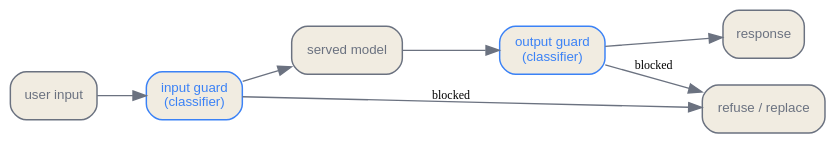
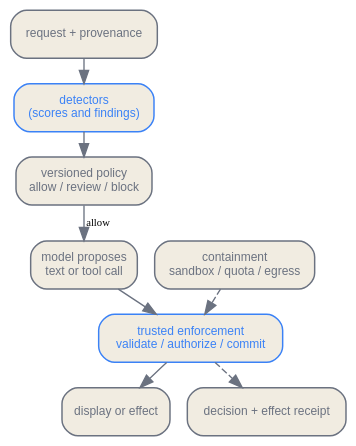
Before and after one commit to latere-ai/ai-as-an-infrastructure: the diagram in en/safety/04-runtime-safety.qmd, drawn with Graphviz. The commit also changed other lines of this file and 3 other files, not shown here.

````diff
--- a/en/safety/04-runtime-safety.qmd
+++ b/en/safety/04-runtime-safety.qmd
@@ -42,21 +43,27 @@
 ```{dot}
-//| label: fig-runtime-guard-path
-//| fig-cap: "A guardrail screens the request path twice. The input classifier catches a disallowed request before the expensive model runs; the output classifier catches a disallowed generation before it reaches the user. Both are separate models, updated independently of the served model, and both fail closed."
-digraph guard {
-  rankdir=LR;
+//| label: fig-runtime-control-path
+//| fig-cap: "The runtime control path. Learned detectors provide evidence to a versioned policy decision. Trusted code enforces the decision before display or execution, while containment limits failures and receipts record outcomes."
+digraph runtime {
+  rankdir=TB;
   bgcolor="transparent";
-  node [shape=box, style="rounded,filled", fontname="Helvetica", fontsize=10, color="#6b7280", fontcolor="#6b7280", fillcolor="#f1ece1", penwidth=1.1];
-  edge [color="#6b7280", fontsize=9];
+  nodesep=0.18;
+  ranksep=0.24;
+  node [shape=box, style="rounded,filled", fontname="Helvetica", fontsize=9, margin="0.06,0.04", color="#6b7280", fontcolor="#6b7280", fillcolor="#f1ece1", penwidth=1.1];
+  edge [color="#6b7280", fontsize=8];
 
-  u   [label="user input"];
-  gi  [label="input guard\n(classifier)", color="#3b82f6", fontcolor="#3b82f6"];
-  m   [label="served model"];
-  go  [label="output guard\n(classifier)", color="#3b82f6", fontcolor="#3b82f6"];
-  o   [label="response"];
-  ref [label="refuse / replace"];
+  request [label="request + provenance"];
+  detect [label="detectors\n(scores and findings)", color="#3b82f6", fontcolor="#3b82f6"];
+  decide [label="versioned policy\nallow / review / block"];
+  model [label="model proposes\ntext or tool call"];
+  enforce [label="trusted enforcement\nvalidate / authorize / commit", color="#3b82f6", fontcolor="#3b82f6"];
+  result [label="display or effect"];
+  contain [label="containment\nsandbox / quota / egress"];
+  receipt [label="decision + effect receipt"];
 
-  u -> gi -> m -> go -> o;
-  gi -> ref [label="blocked"];
-  go -> ref [label="blocked"];
+  request -> detect -> decide;
+  decide -> model [label="allow"];
+  model -> enforce -> result;
+  contain -> enforce [style=dashed];
+  enforce -> receipt [style=dashed];
 }
 ```
````
